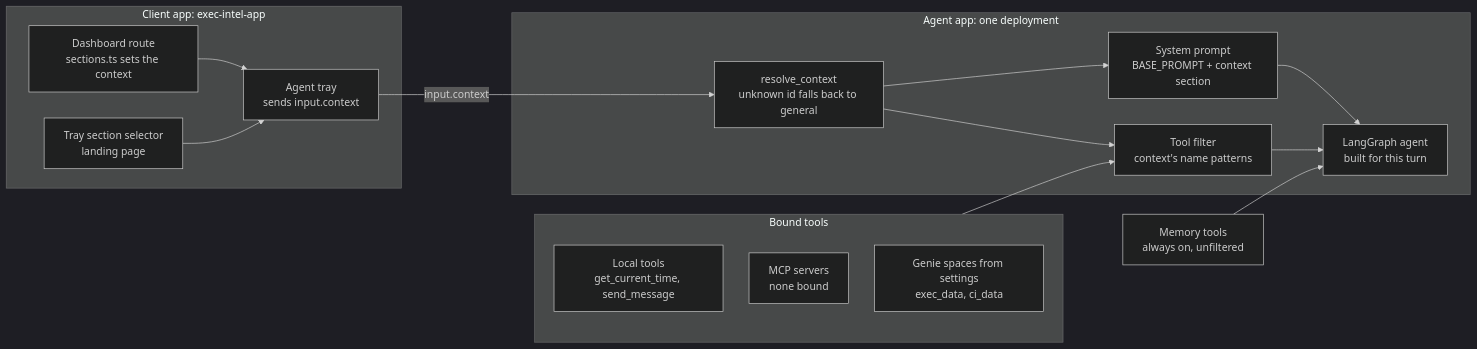
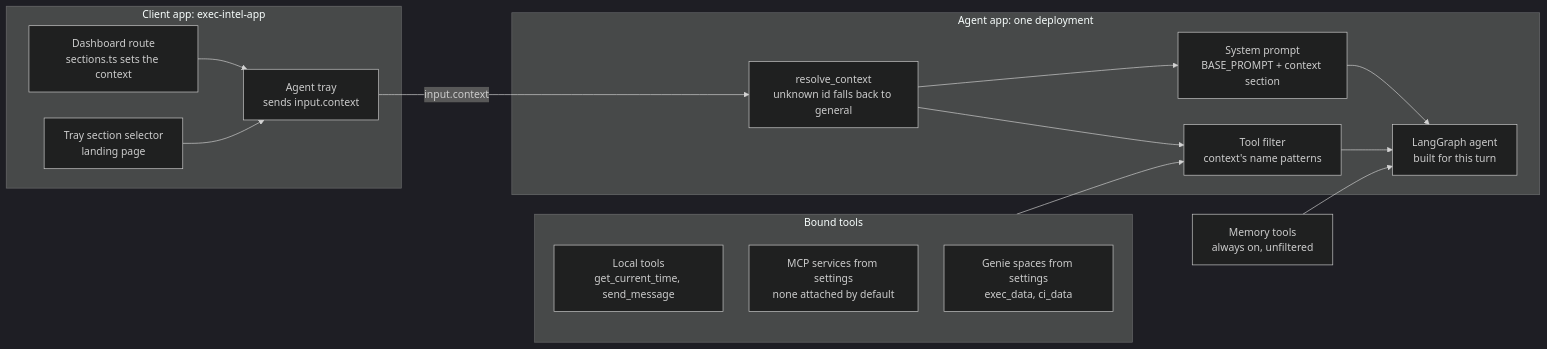
One commit to TaylorAHanson/executive-intelligence changed the first of 7 diagrams in architecture.md. Above: the diagram before and after it, drawn with Mermaid (dark theme). The commit also changed other lines of this file and 27 other files, not shown here.

First line of the commit message:
Attach Unity Catalog MCP services per context in Settings and release app 0.4.0

````diff
--- a/architecture.md
+++ b/architecture.md
@@ -122,38 +123,38 @@
 ```mermaid
 ---
 config:
   flowchart:
     nodeSpacing: 40
     rankSpacing: 70
     curve: basis
 ---
 flowchart LR
     subgraph Client["Client app: exec-intel-app"]
         P1[Dashboard route<br/>sections.ts sets the context]
         P2[Tray section selector<br/>landing page]
         Tray[Agent tray<br/>sends input.context]
         P1 & P2 --> Tray
     end
 
     Tray -->|input.context| R
 
     subgraph Agent["Agent app: one deployment"]
         R[resolve_context<br/>unknown id falls back to general]
         PR[System prompt<br/>BASE_PROMPT + context section]
         TF[Tool filter<br/>context's name patterns]
         G[LangGraph agent<br/>built for this turn]
         R --> PR --> G
         R --> TF --> G
     end
 
     subgraph Tools["Bound tools"]
         T3[Local tools<br/>get_current_time, send_message]
-        T1[MCP servers<br/>none bound]
+        T1[MCP services from settings<br/>none attached by default]
         T2[Genie spaces from settings<br/>exec_data, ci_data]
     end
 
     T4[Memory tools<br/>always on, unfiltered]
 
     Tools --> TF
     T4 --> G
 ```
````
